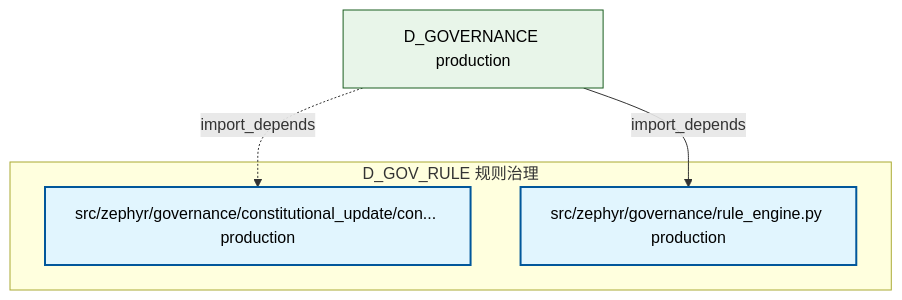
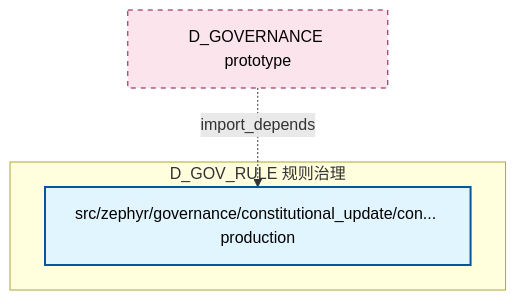
The diagram in docs/02_enterprise_architecture/02_domain_architecture_docs/38_d_gov_rule.md (xuanFelixVan/ZephyrAlpha), drawn with Mermaid before and after one commit. The commit also changed other lines of this file and 105 other files, not shown here.

````diff
--- a/docs/02_enterprise_architecture/02_domain_architecture_docs/38_d_gov_rule.md
+++ b/docs/02_enterprise_architecture/02_domain_architecture_docs/38_d_gov_rule.md
@@ -47,16 +47,14 @@
 ```mermaid
 graph TD
     subgraph D_GOV_RULE["D_GOV_RULE 规则治理"]
         src_zephyr_governance_constitutional_update_constitutional_update_py["src/zephyr/governance/constitutional_update/con... production"]
-        src_zephyr_governance_rule_engine_py["src/zephyr/governance/rule_engine.py production"]
     end
-    D_GOVERNANCE["D_GOVERNANCE production"]
-    D_GOVERNANCE -->|import_depends| src_zephyr_governance_rule_engine_py
+    D_GOVERNANCE["D_GOVERNANCE prototype"]
     D_GOVERNANCE -.->|import_depends| src_zephyr_governance_constitutional_update_constitutional_update_py
     classDef production fill:#e1f5fe,stroke:#01579b,stroke-width:2px,color:#000
     classDef design fill:#fff3e0,stroke:#e65100,stroke-width:2px,color:#000,stroke-dasharray: 5 5
     classDef external_prod fill:#e8f5e9,stroke:#1b5e20,stroke-width:1px,color:#000
     classDef external_design fill:#fce4ec,stroke:#880e4f,stroke-width:1px,color:#000,stroke-dasharray: 5 5
-    class src_zephyr_governance_constitutional_update_constitutional_update_py,src_zephyr_governance_rule_engine_py production
-    class D_GOVERNANCE external_prod
+    class src_zephyr_governance_constitutional_update_constitutional_update_py production
+    class D_GOVERNANCE external_design
 ```
````
